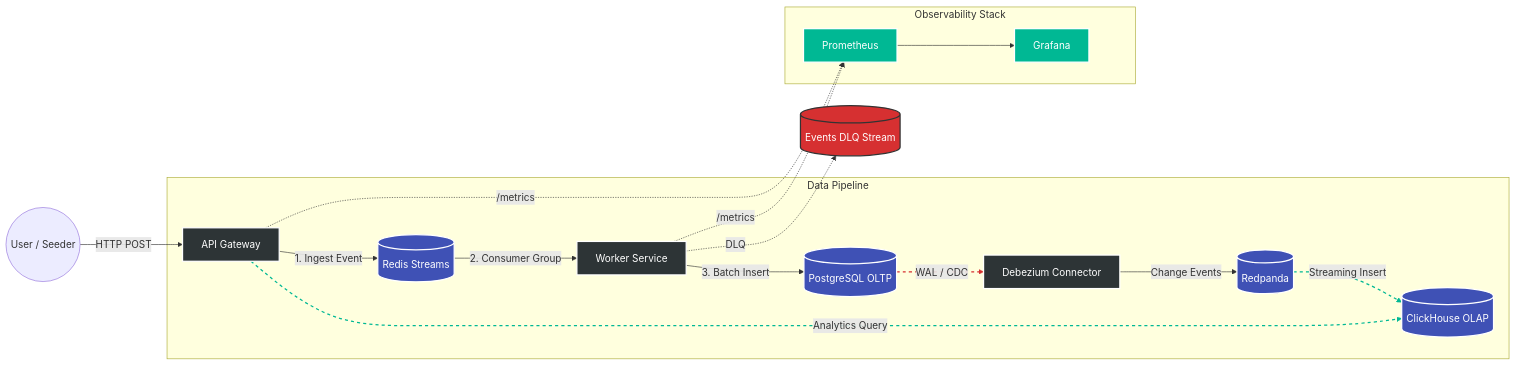
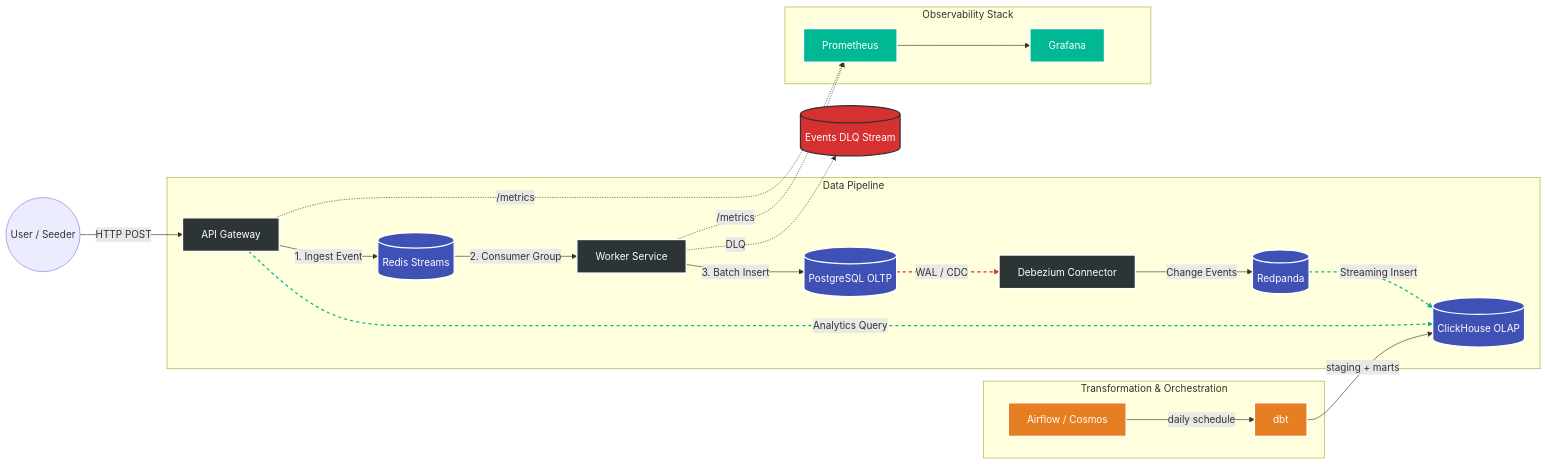
The diagram in README.md (jinjik19/event_analytics_platform), drawn with Mermaid before and after one commit.

Commit message:
update architecture

````diff
--- a/README.md
+++ b/README.md
@@ -16,43 +16,50 @@
 ```mermaid
 flowchart LR
     %% Styles
     classDef storage fill:#3f51b5,stroke:#fff,stroke-width:2px,color:#fff;
     classDef service fill:#2d3436,stroke:#fff,stroke-width:2px,color:#fff;
     classDef monitor fill:#00b894,stroke:#fff,stroke-width:2px,color:#fff;
     classDef dead fill:#d63031,stroke:#333,stroke-width:2px,color:#fff;
+    classDef transform fill:#e67e22,stroke:#fff,stroke-width:2px,color:#fff;
 
     %% Input
     User((User / Seeder)) -->|HTTP POST| API[API Gateway]:::service
 
     %% Main Data Flow
     subgraph "Data Pipeline"
         API -->|1. Ingest Event| Stream[(Redis Streams)]:::storage
         Stream -->|2. Consumer Group| Worker[Worker Service]:::service
         Worker -->|3. Batch Insert| DB[(PostgreSQL OLTP)]:::storage
 
         DB -->|WAL / CDC| Debezium[Debezium Connector]:::service
         Debezium -->|Change Events| Broker[(Redpanda)]:::storage
         Broker -->|Streaming Insert| DW[(ClickHouse OLAP)]:::storage
 
         API -->|Analytics Query| DW
     end
 
     %% Error Handling
     Worker -.->|DLQ| DLQ[(Events DLQ Stream)]:::dead
 
+    %% Transformation & Orchestration
+    subgraph "Transformation & Orchestration"
+        Airflow[Airflow / Cosmos]:::transform -->|daily schedule| dbt[dbt]:::transform
+        dbt -->|staging + marts| DW
+    end
+
     %% Observability
     subgraph "Observability Stack"
         Prometheus[Prometheus]:::monitor
         Grafana[Grafana]:::monitor
 
         Prometheus --> Grafana
     end
 
     %% Metrics Scraping
     API -.->|/metrics| Prometheus
     Worker -.->|/metrics| Prometheus
 
     %% Link Styling
     linkStyle 4 stroke:#d63031,stroke-width:2px,stroke-dasharray: 5 5;
     linkStyle 6,7 stroke:#00b894,stroke-width:2px,stroke-dasharray: 5 5;
 ```
````
